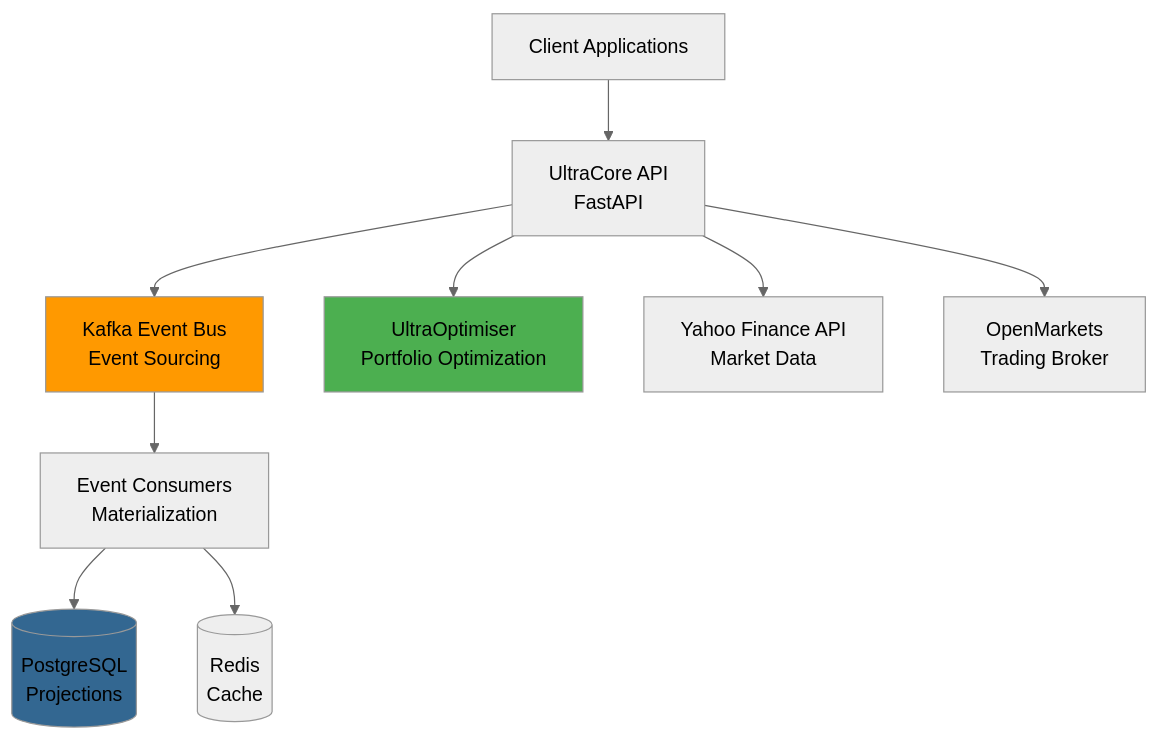
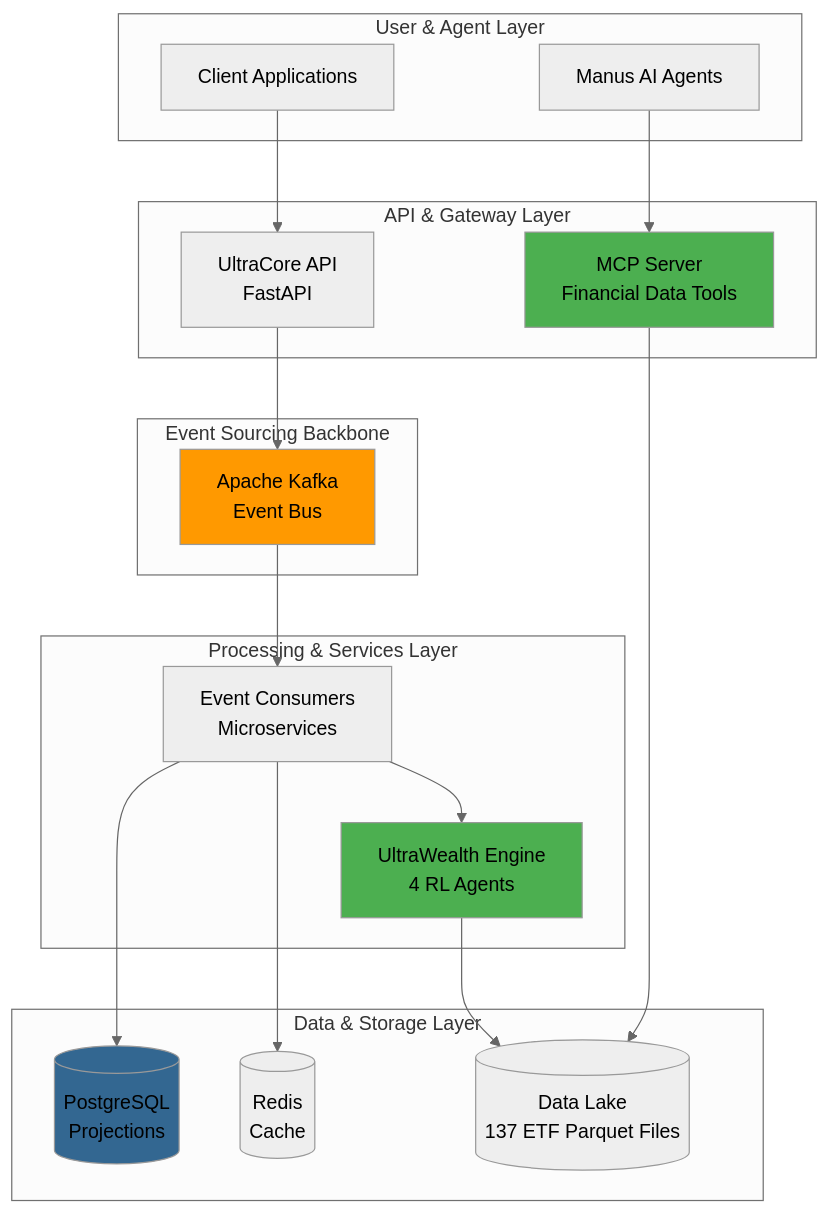
One commit to TuringDynamics3000/UltraCore changed the diagram in README.md. Above: the diagram before and after it, drawn with Mermaid (neutral theme). The commit also changed other lines of this file, not shown here.

Commit message:
Update README with UltraWealth, RL agents, and MCP server

````diff
--- a/README.md
+++ b/README.md
@@ -82,15 +51,42 @@
 ```mermaid
 graph TB
-    Client[Client Applications] --> API[UltraCore API<br/>FastAPI]
-    API --> Kafka[Kafka Event Bus<br/>Event Sourcing]
-    Kafka --> Consumers[Event Consumers<br/>Materialization]
-    Consumers --> DB[(PostgreSQL<br/>Projections)]
-    Consumers --> Cache[(Redis<br/>Cache)]
-    API --> UltraOptimiser[UltraOptimiser<br/>Portfolio Optimization]
-    API --> YahooFinance[Yahoo Finance API<br/>Market Data]
-    API --> OpenMarkets[OpenMarkets<br/>Trading Broker]
-    
+    subgraph "User & Agent Layer"
+        Client[Client Applications]
+        Manus[Manus AI Agents]
+    end
+
+    subgraph "API & Gateway Layer"
+        API[UltraCore API<br/>FastAPI]
+        MCP[MCP Server<br/>Financial Data Tools]
+    end
+
+    subgraph "Event Sourcing Backbone"
+        Kafka[Apache Kafka<br/>Event Bus]
+    end
+
+    subgraph "Processing & Services Layer"
+        Consumers[Event Consumers<br/>Microservices]
+        UltraWealth[UltraWealth Engine<br/>4 RL Agents]
+    end
+
+    subgraph "Data & Storage Layer"
+        DB[(PostgreSQL<br/>Projections)]
+        Cache[(Redis<br/>Cache)]
+        DataLake[(Data Lake<br/>137 ETF Parquet Files)]
+    end
+
+    Client --> API
+    Manus --> MCP
+    API --> Kafka
+    Kafka --> Consumers
+    Consumers --> DB
+    Consumers --> Cache
+    Consumers --> UltraWealth
+    UltraWealth --> DataLake
+    MCP --> DataLake
+
     style Kafka fill:#ff9900
     style DB fill:#336791
-    style UltraOptimiser fill:#4CAF50
+    style UltraWealth fill:#4CAF50
+    style MCP fill:#4CAF50
 ```
````
